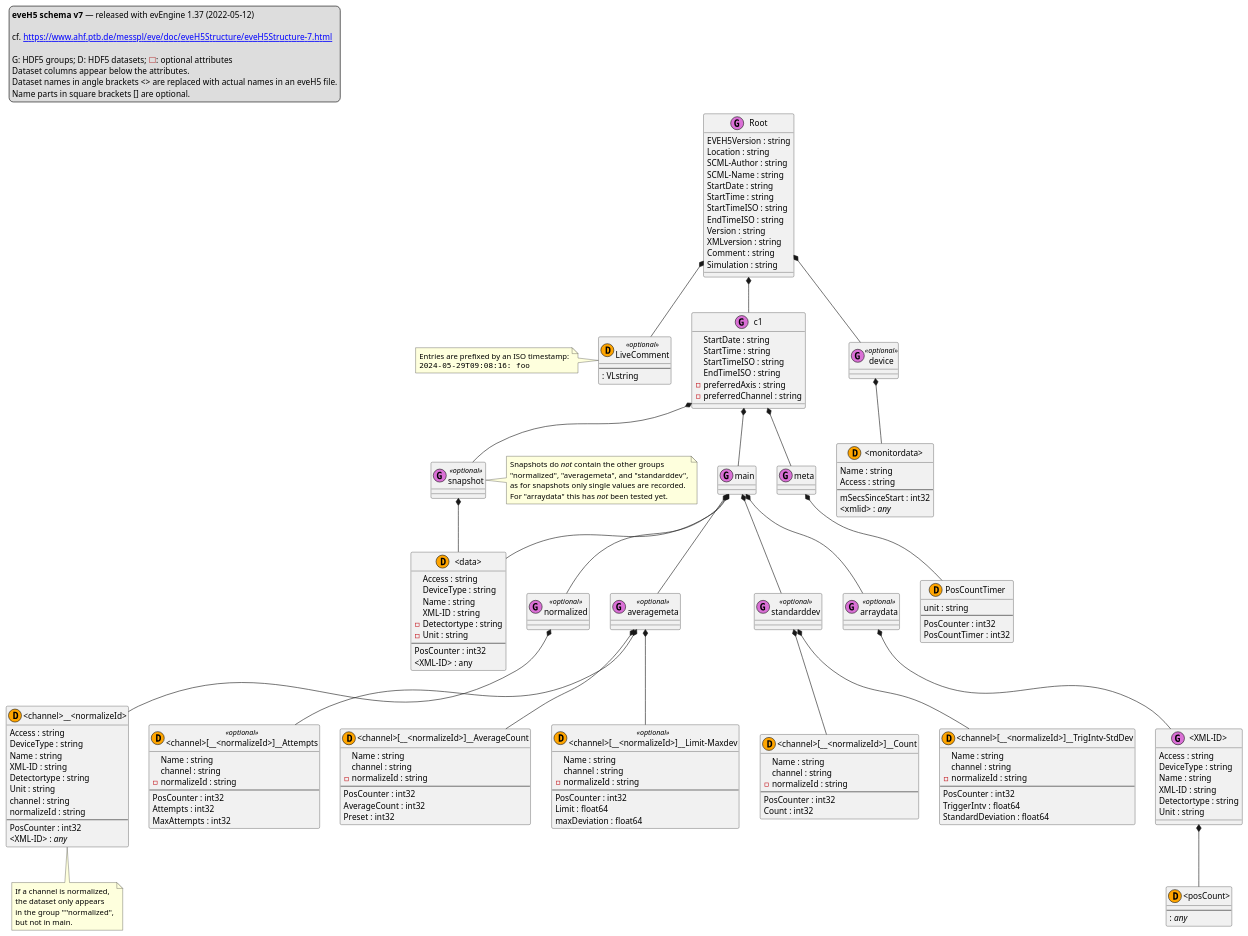
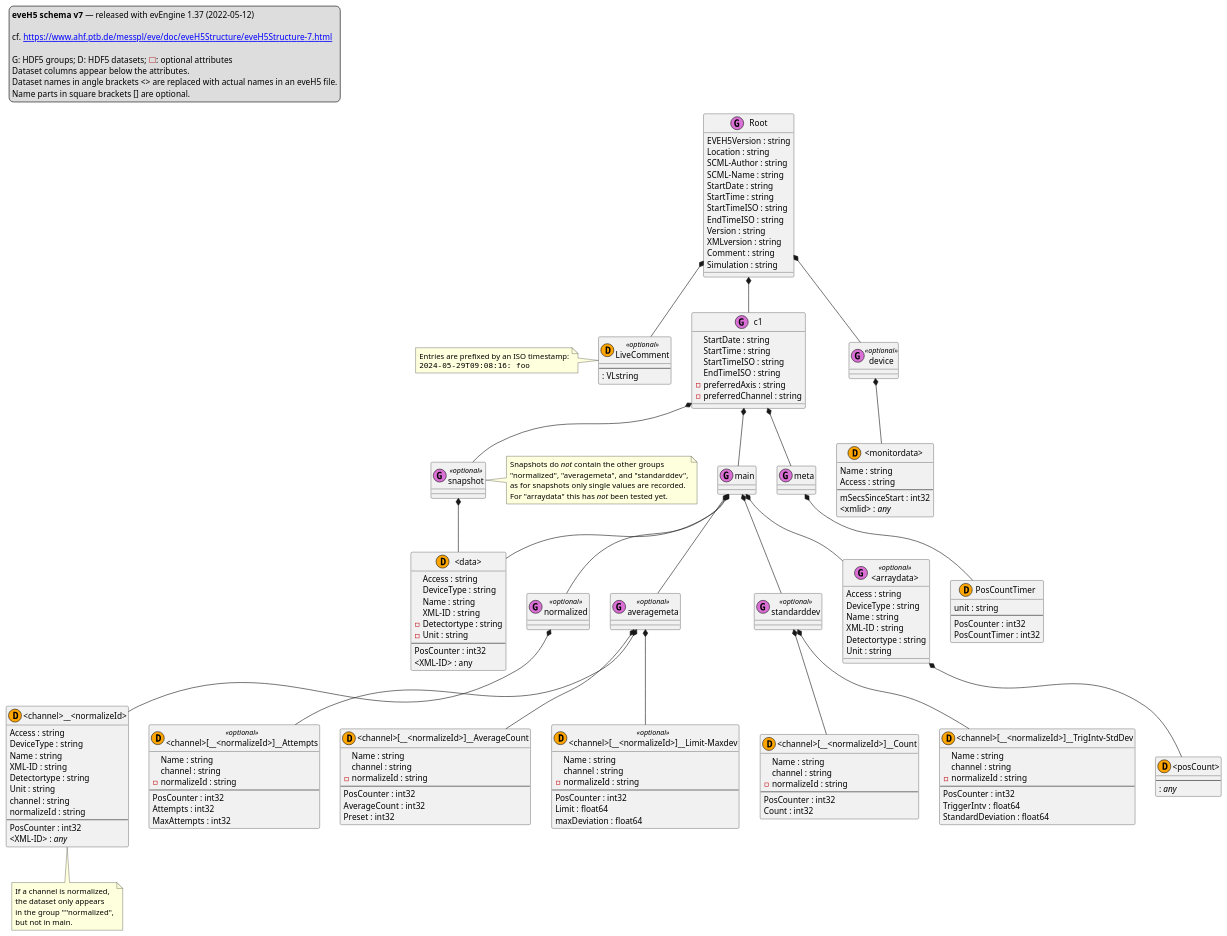
Before and after one commit to tillbiskup/evedata: the diagram in docs/uml/eveh5-v7.puml, drawn with PlantUML. The commit also changed 6 other files, not shown here.

```diff
--- a/docs/uml/eveh5-v7.puml
+++ b/docs/uml/eveh5-v7.puml
@@ -64,7 +64,7 @@
 main *-- normalized
 main *-- averagemeta
 main *-- standarddev
-main *-- arraydata
+main *-- "<arraydata>"
 
 class snapshot << (G,orchid) >> <<optional>> {}
 
@@ -178,11 +178,7 @@
     StandardDeviation : float64
 }
 
-class arraydata << (G,orchid) >> <<optional>> {}
-
-arraydata *-- "<XML-ID>"
-
-class "<XML-ID>" << (G,orchid) >> {
+class "<arraydata>" << (G,orchid) >> <<optional>> {
     Access : string
     DeviceType : string
     Name : string
@@ -191,7 +187,7 @@
     Unit : string
 }
 
-"<XML-ID>" *-- "<posCount>"
+"<arraydata>" *-- "<posCount>"
 
 class "<posCount>" << (D,orange) >> {
   --
```
